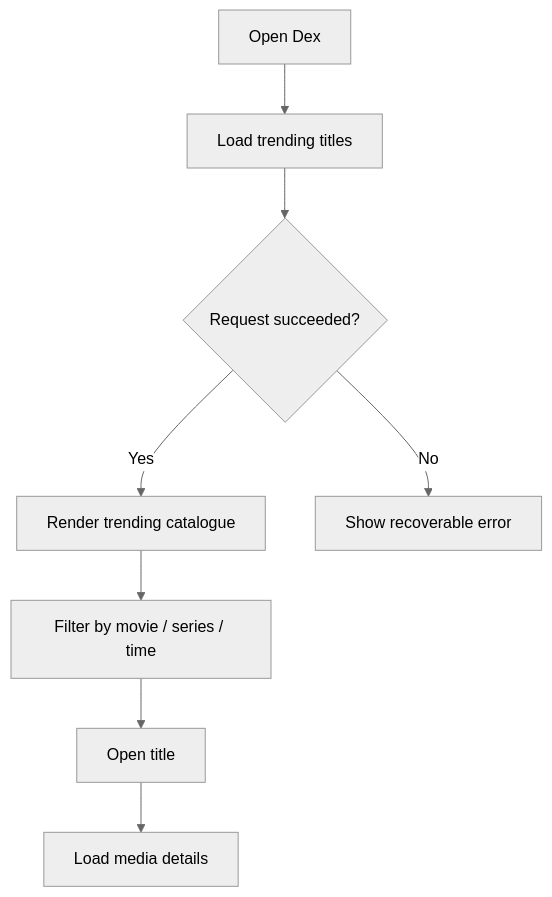
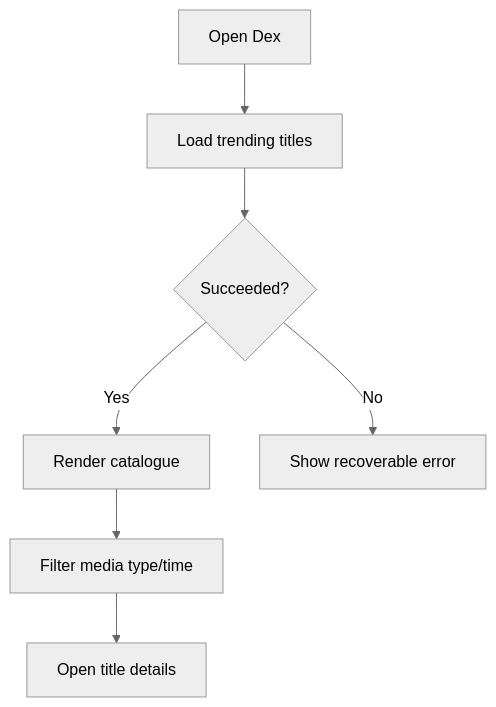
Before and after one commit to Shreyas-patil07/Dex: the first of 3 diagrams in docs/04_App_Flow.md, drawn with Mermaid (neutral theme). The commit also changed other lines of this file and 20 other files, not shown here.

````diff
--- a/docs/04_App_Flow.md
+++ b/docs/04_App_Flow.md
@@ -22,10 +22,9 @@
 ```mermaid
 flowchart TD
     A[Open Dex] --> B[Load trending titles]
-    B --> C{Request succeeded?}
-    C -- Yes --> D[Render trending catalogue]
+    B --> C{Succeeded?}
+    C -- Yes --> D[Render catalogue]
     C -- No --> E[Show recoverable error]
-    D --> F[Filter by movie / series / time]
-    F --> G[Open title]
-    G --> H[Load media details]
+    D --> F[Filter media type/time]
+    F --> G[Open title details]
 ```
````
